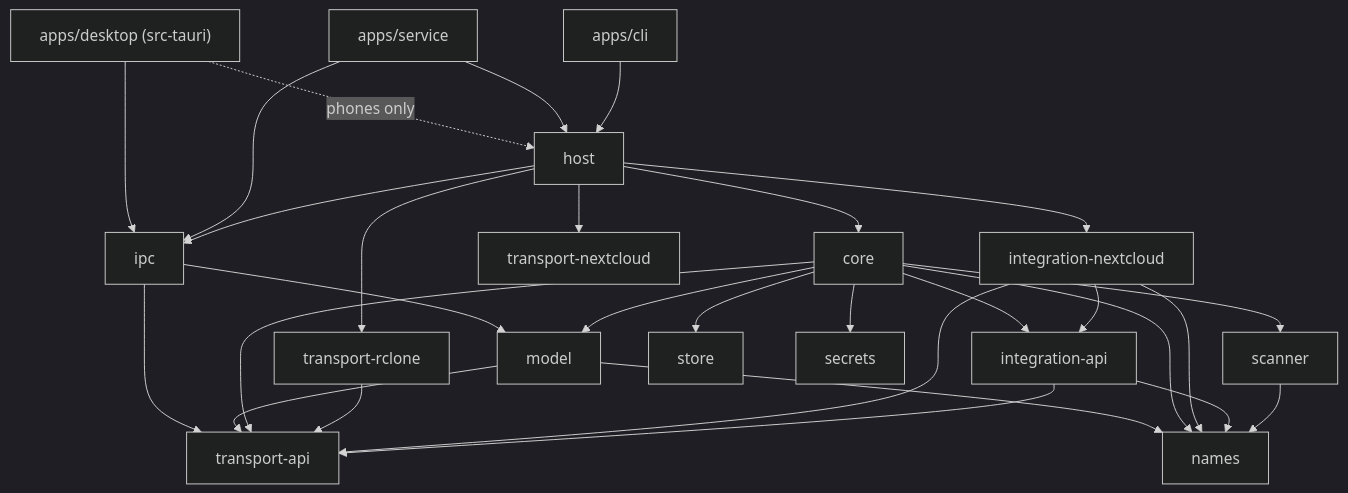
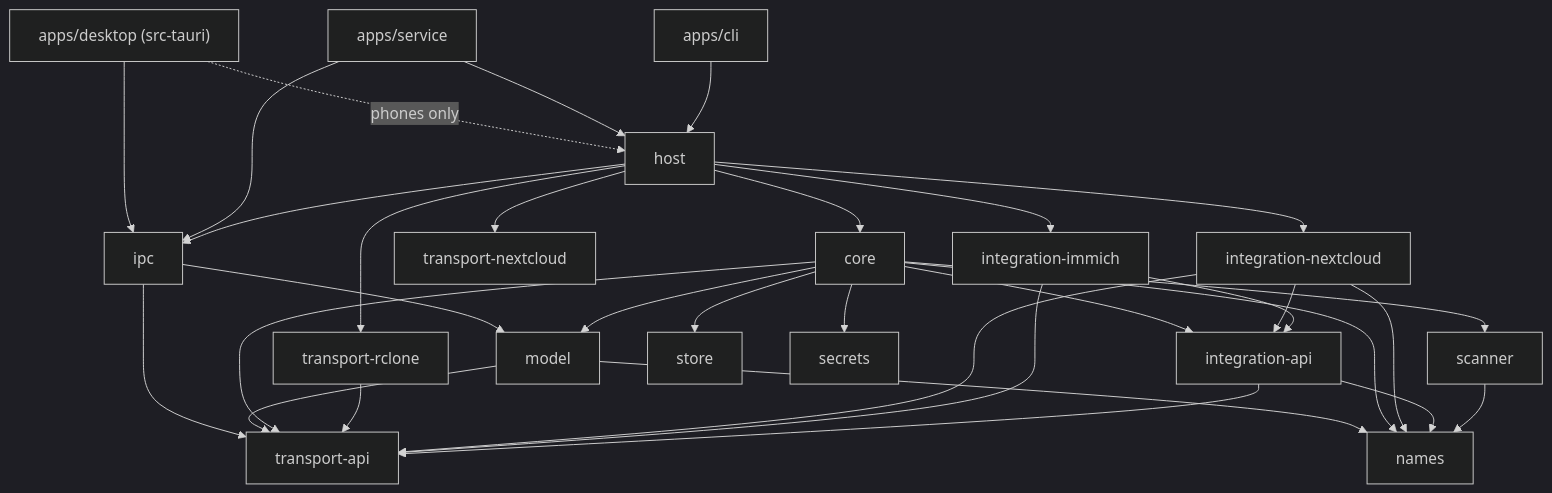
One commit to nevespvasco/filebridge changed the diagram in docs/08-repository-structure.md. Above: the diagram before and after it, drawn with Mermaid (dark theme). The commit also changed other lines of this file and 36 other files, not shown here.

````diff
--- a/docs/08-repository-structure.md
+++ b/docs/08-repository-structure.md
@@ -40,31 +41,34 @@
 ```mermaid
 flowchart TB
     desktop["apps/desktop (src-tauri)"] --> ipc
     desktop -. "phones only" .-> host
     service["apps/service"] --> ipc
     service --> host
     cli["apps/cli"] --> host
     host --> core
     host --> ipc
     host --> trc["transport-rclone"]
     host --> tnc["transport-nextcloud"]
     host --> inc["integration-nextcloud"]
+    host --> iim["integration-immich"]
     ipc --> model
     ipc --> tapi
     core --> model
     model --> tapi
     model --> names
     core --> tapi["transport-api"]
     core --> iapi["integration-api"]
     core --> names
     core --> scanner
     core --> store
     core --> secrets
     trc --> tapi
     inc --> iapi
     inc --> tapi
     inc --> names
+    iim --> iapi
+    iim --> tapi
     iapi --> tapi
     iapi --> names
     scanner --> names
 ```
````
